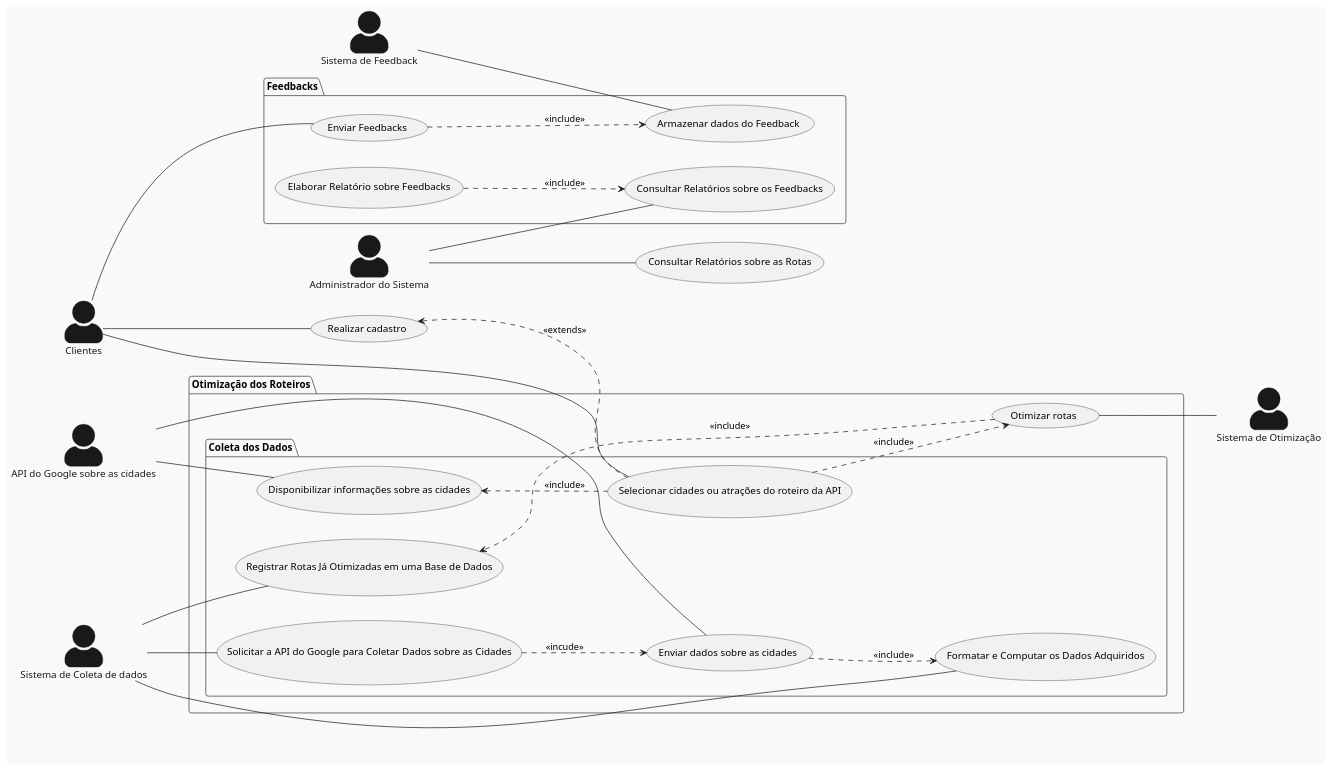
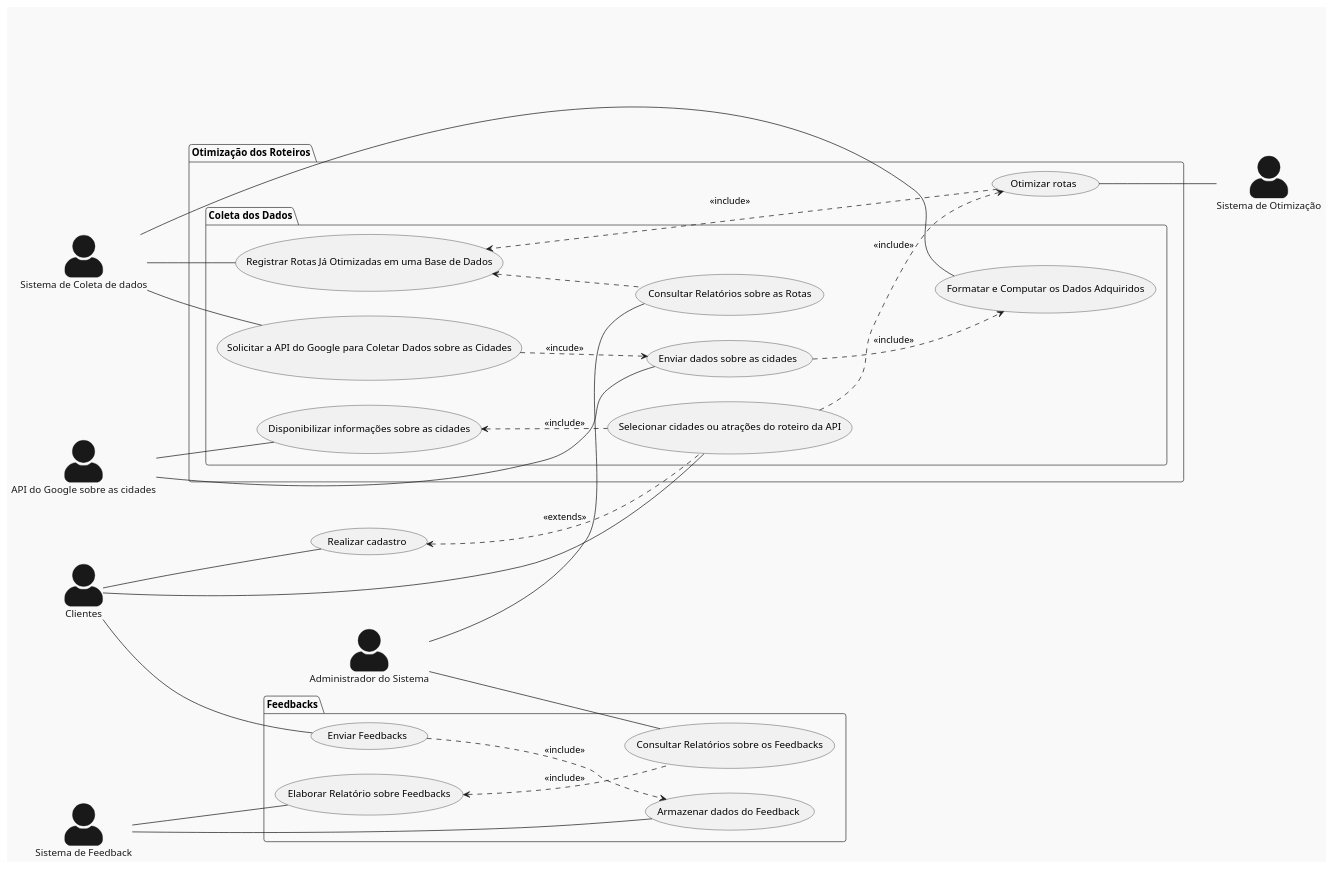
The diagram in Relatório/Semana-1/Diagramas/DCU.md (pedrodilallo/site_turismo_SIG), drawn with PlantUML before and after one commit. The commit also changed 1 other file, not shown here.

Commit message:
Mais correções DCU

```diff
--- a/Relatório/Semana-1/Diagramas/DCU.md
+++ b/Relatório/Semana-1/Diagramas/DCU.md
@@ -1,67 +1,68 @@
 @startuml
 skinparam actorStyle awesome
 !theme mars
 left to right direction
 
 actor "Clientes" as cliente
 actor "API do Google sobre as cidades" as API
 actor "Sistema de Otimização" as  otimizador
 actor "Administrador do Sistema" as sys_admin
 actor "Sistema de Feedback" as feedback
 actor "Sistema de Coleta de dados" as coletador
 
 cliente -- (Realizar cadastro)
 
 
 
 
 package "Otimização dos Roteiros"{
 
 
 (Otimizar rotas) -- otimizador 
 
     package "Coleta dos Dados"{
         cliente -- (Selecionar cidades ou atrações do roteiro da API)
         (Selecionar cidades ou atrações do roteiro da API) ..> (Otimizar rotas): <<include>>
         (Solicitar a API do Google para Coletar Dados sobre as Cidades) ..> (Enviar dados sobre as cidades) : <<incude>>
         coletador -- (Solicitar a API do Google para Coletar Dados sobre as Cidades)
         coletador -- (Registrar Rotas Já Otimizadas em uma Base de Dados)
         coletador -- (Formatar e Computar os Dados Adquiridos)
         API -- (Enviar dados sobre as cidades)
         API -- (Disponibilizar informações sobre as cidades)
         (Disponibilizar informações sobre as cidades) <.. (Selecionar cidades ou atrações do roteiro da API) : <<include>>
         (Otimizar rotas) ..> (Registrar Rotas Já Otimizadas em uma Base de Dados) : <<include>>
-
+        (Registrar Rotas Já Otimizadas em uma Base de Dados) <.. (Consultar Relatórios sobre as Rotas)
 
     }
 
 
 
 }
 
 
 
 sys_admin -- (Consultar Relatórios sobre as Rotas)
 
 
 
 
 (Realizar cadastro) <.. (Selecionar cidades ou atrações do roteiro da API) : <<extends>>
 (Enviar dados sobre as cidades) ..> (Formatar e Computar os Dados Adquiridos) : <<include>>
 
 
 package "Feedbacks"{
 
 (Enviar Feedbacks) ..> (Armazenar dados do Feedback) : <<include>>
-(Elaborar Relatório sobre Feedbacks) ..> (Consultar Relatórios sobre os Feedbacks) : <<include>>
+(Elaborar Relatório sobre Feedbacks) <.. (Consultar Relatórios sobre os Feedbacks) : <<include>>
 cliente -- (Enviar Feedbacks)
 feedback -- (Armazenar dados do Feedback)
-sys_admin -- (Consultar Relatórios sobre os Feedbacks)
+sys_admin -- (Consultar Relatórios sobre os Feedbacks)  
+feedback -- (Elaborar Relatório sobre Feedbacks)
 
 
 
 }
 
 
 
 @enduml
```
